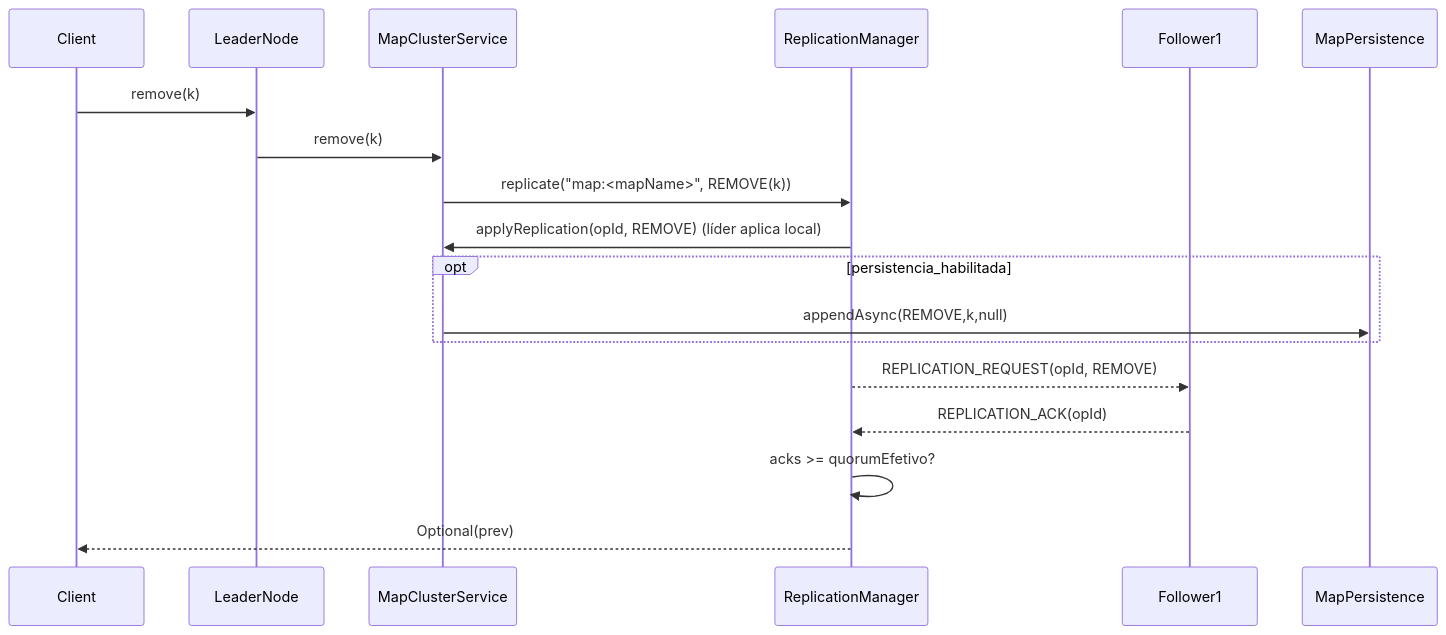
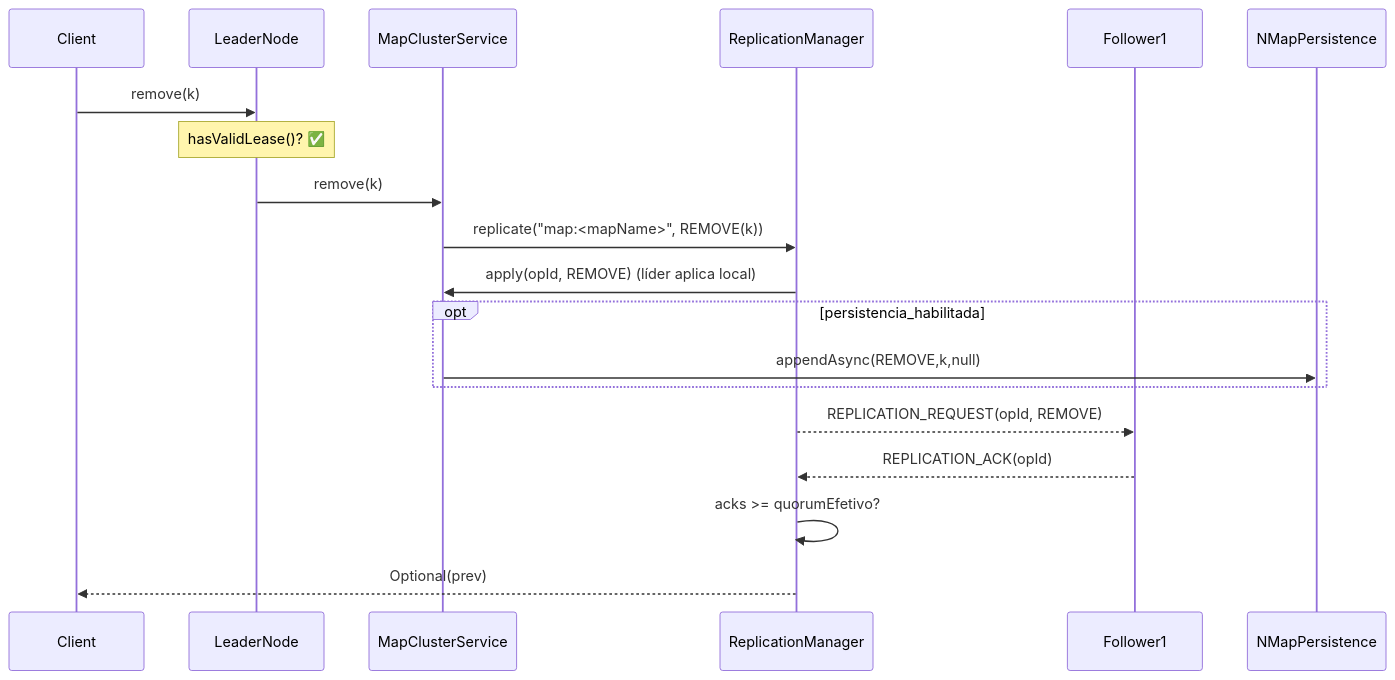
Before and after one commit to nishisan-dev/nishi-utils: the third of 4 diagrams in doc/ngrid/map-design.md, drawn with Mermaid. The commit also changed other lines of this file and 12 other files, not shown here.

````diff
--- a/doc/ngrid/map-design.md
+++ b/doc/ngrid/map-design.md
@@ -130,21 +197,22 @@
 ```mermaid
 sequenceDiagram
 participant Client as Client
 participant L as LeaderNode
 participant MS as MapClusterService
 participant RM as ReplicationManager
 participant F1 as Follower1
-participant MP as MapPersistence
+participant MP as NMapPersistence
 
 Client->>L: remove(k)
+Note over L: hasValidLease()? ✅
 L->>MS: remove(k)
 MS->>RM: replicate("map:<mapName>", REMOVE(k))
-RM->>MS: applyReplication(opId, REMOVE) (líder aplica local)
+RM->>MS: apply(opId, REMOVE) (líder aplica local)
 opt persistencia_habilitada
   MS->>MP: appendAsync(REMOVE,k,null)
 end
 RM-->>F1: REPLICATION_REQUEST(opId, REMOVE)
 F1-->>RM: REPLICATION_ACK(opId)
 RM->>RM: acks >= quorumEfetivo?
 RM-->>Client: Optional(prev)
 ```
````
